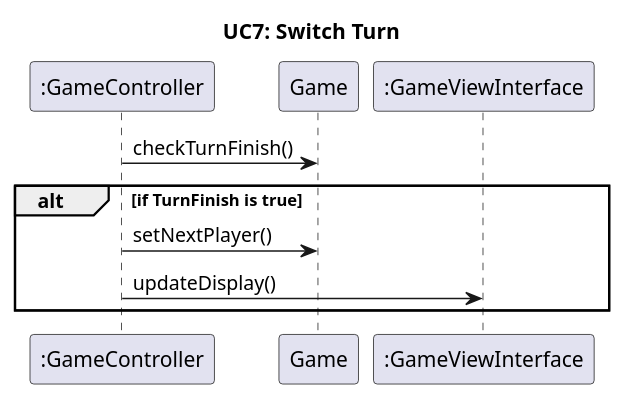
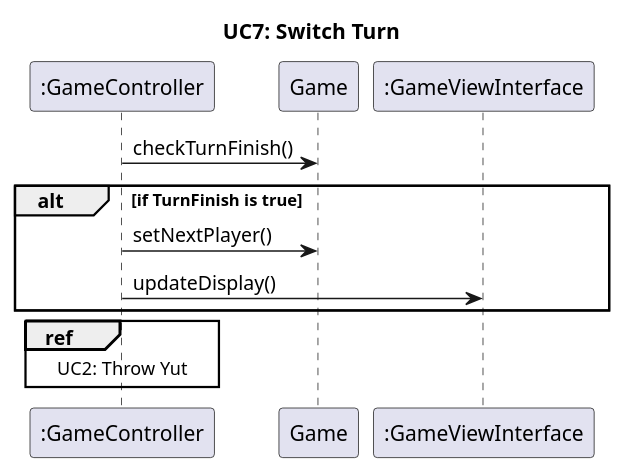
The diagram in UC7.puml (jack0928/SE-Term-Project-2025), drawn with PlantUML before and after one commit.

Commit message:
docs: UC7 수정, UC2: Throw Yut ref 추가

```diff
--- a/UC7.puml
+++ b/UC7.puml
@@ -1,19 +1,21 @@
 @startuml
 title UC7: Switch Turn
 
 
 participant ":GameController" as GameController
 participant "Game" as Game
 participant ":GameViewInterface" as View
 
 
 GameController -> Game : checkTurnFinish()
 
 alt if TurnFinish is true
 	GameController -> Game : setNextPlayer()
 	GameController -> View : updateDisplay()
 end
-
+ref over GameController
+    UC2: Throw Yut
+end ref
 
 
 @enduml
```
